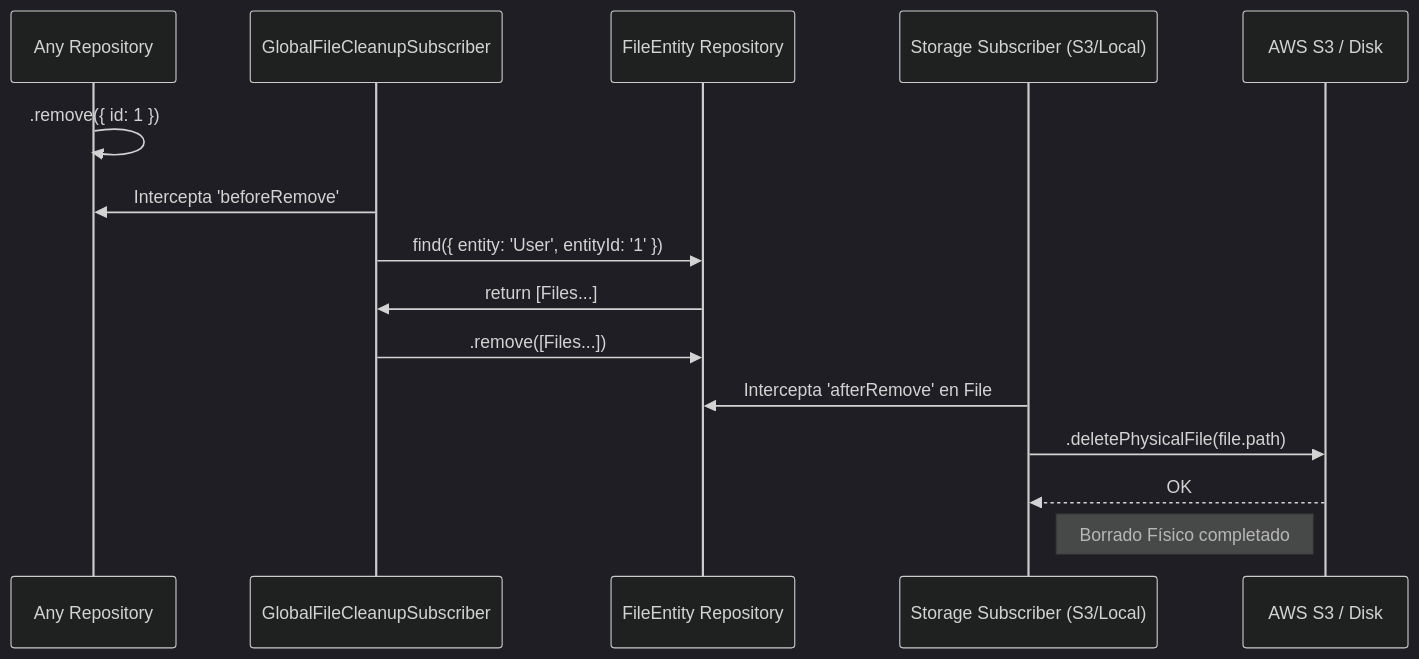
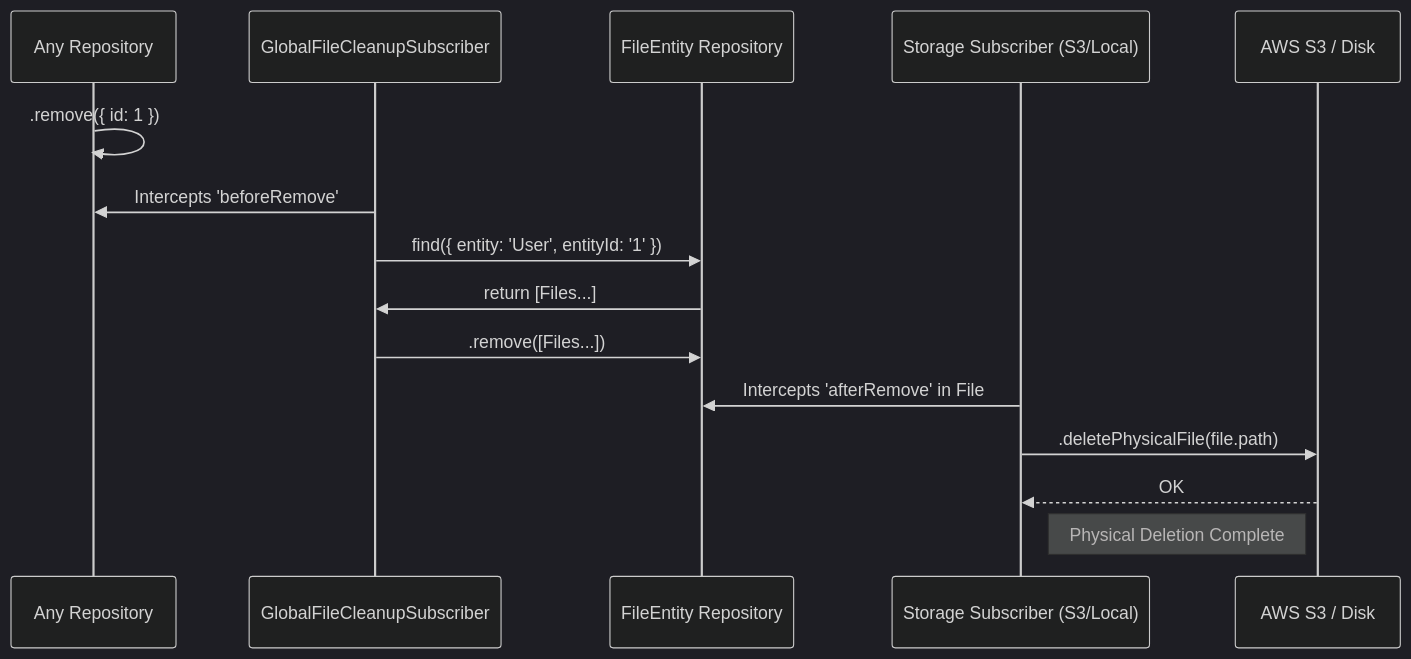
The diagram in docs/STORAGE-ARCHITECTURE.md (ADCP-dev/worldbid-api), drawn with Mermaid (dark theme) before and after one commit. The commit also changed other lines of this file and 9 other files, not shown here.

````diff
--- a/docs/STORAGE-ARCHITECTURE.md
+++ b/docs/STORAGE-ARCHITECTURE.md
@@ -35,18 +44,18 @@
 ```mermaid
 sequenceDiagram
     participant App as Any Repository
     participant GlobalSub as GlobalFileCleanupSubscriber
     participant FileRepo as FileEntity Repository
     participant StorageSub as Storage Subscriber (S3/Local)
     participant Disk as AWS S3 / Disk
 
     App->>App: .remove({ id: 1 })
-    GlobalSub->>App: Intercepta 'beforeRemove'
+    GlobalSub->>App: Intercepts 'beforeRemove'
     GlobalSub->>FileRepo: find({ entity: 'User', entityId: '1' })
     FileRepo->>GlobalSub: return [Files...]
     GlobalSub->>FileRepo: .remove([Files...])
-    StorageSub->>FileRepo: Intercepta 'afterRemove' en File
+    StorageSub->>FileRepo: Intercepts 'afterRemove' in File
     StorageSub->>Disk: .deletePhysicalFile(file.path)
     Disk-->>StorageSub: OK
-    Note right of StorageSub: Borrado Físico completado
+    Note right of StorageSub: Physical Deletion Complete
 ```
````
